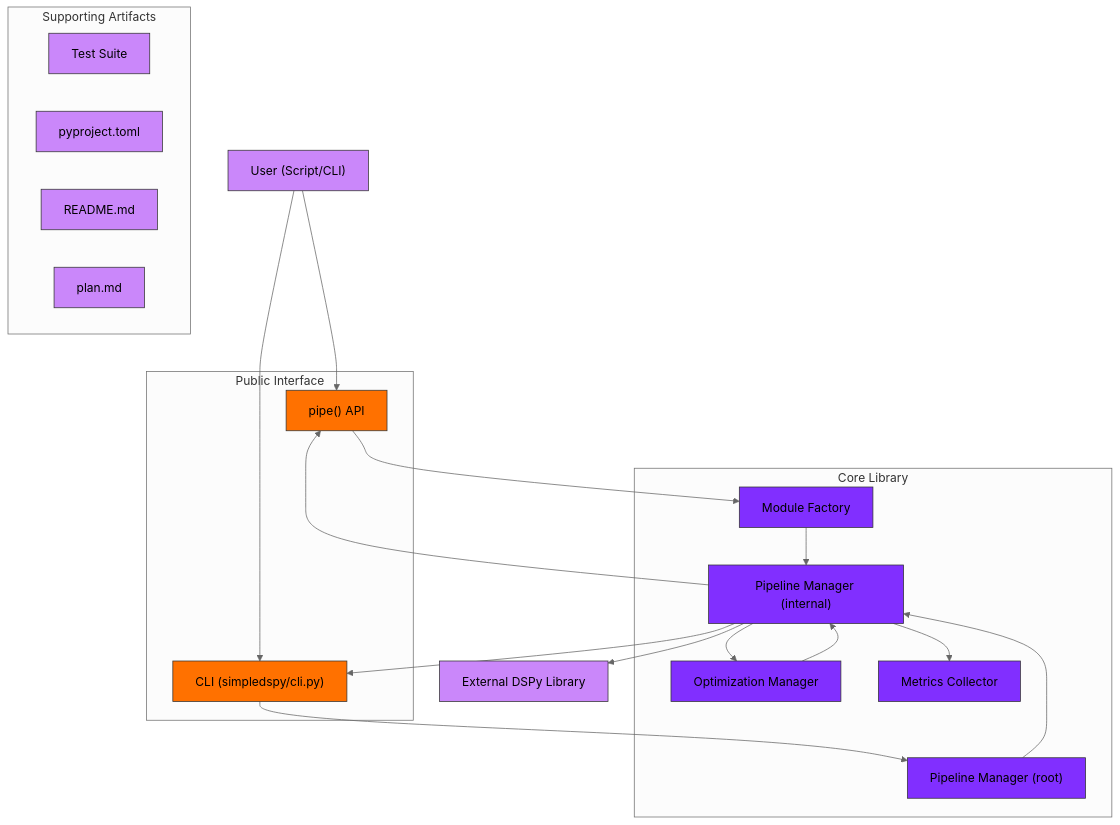
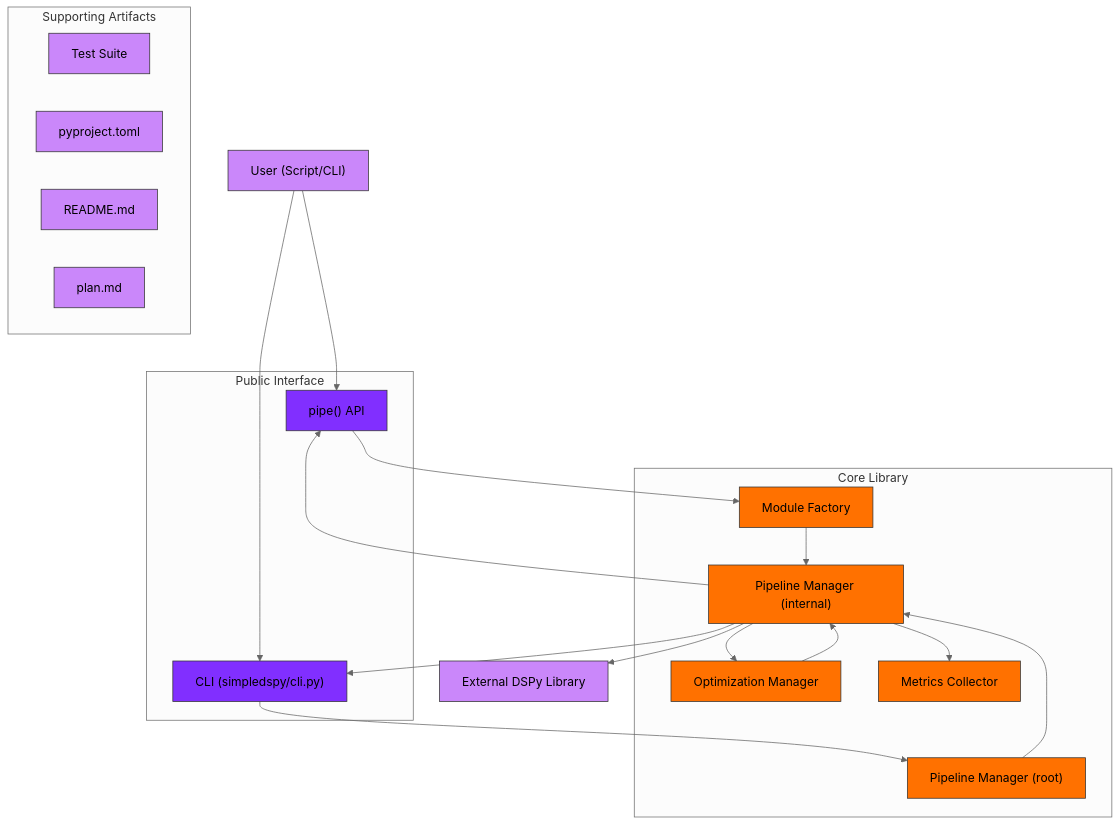
Before and after one commit to vswami78/simpledspy: the diagram in README.md, drawn with Mermaid (neutral theme).

````diff
--- a/README.md
+++ b/README.md
@@ -73,63 +73,63 @@
 ```mermaid
 flowchart TD
     %% User
     User["User (Script/CLI)"]:::external
 
     %% Public Interface
     subgraph "Public Interface"
         API["pipe() API"]:::api
         CLI["CLI (simpledspy/cli.py)"]:::api
     end
 
     %% Core Library
     subgraph "Core Library"
         Factory["Module Factory"]:::core
         PMgrRoot["Pipeline Manager (root)"]:::core
         PMgrInternal["Pipeline Manager (internal)"]:::core
         OptMgr["Optimization Manager"]:::core
         Metrics["Metrics Collector"]:::core
     end
 
     %% External Dependency
     ExternalDSPy["External DSPy Library"]:::external
 
     %% Supporting Artifacts
     subgraph "Supporting Artifacts"
         Tests["Test Suite"]:::external
         Config["pyproject.toml"]:::external
         README["README.md"]:::external
         Plan["plan.md"]:::external
     end
 
     %% Connections
     User --> API
     User --> CLI
     API --> Factory
     CLI --> PMgrRoot
     PMgrRoot --> PMgrInternal
     Factory --> PMgrInternal
     PMgrInternal --> OptMgr
     OptMgr --> PMgrInternal
     PMgrInternal --> ExternalDSPy
     PMgrInternal --> Metrics
     PMgrInternal --> API
     PMgrInternal --> CLI
 
     %% Click Events
     click API "https://github.com/vswami78/simpledspy/blob/main/simpledspy/pipe.py"
     click CLI "https://github.com/vswami78/simpledspy/blob/main/simpledspy/cli.py"
     click Factory "https://github.com/vswami78/simpledspy/blob/main/simpledspy/module_factory.py"
     click PMgrInternal "https://github.com/vswami78/simpledspy/blob/main/simpledspy/pipeline_manager.py"
     click PMgrRoot "https://github.com/vswami78/simpledspy/blob/main/pipeline_manager.py"
     click OptMgr "https://github.com/vswami78/simpledspy/blob/main/simpledspy/optimization_manager.py"
     click Metrics "https://github.com/vswami78/simpledspy/blob/main/metrics.py"
     click Tests "https://github.com/vswami78/simpledspy/blob/main/tests/test_example.py"
     click Config "https://github.com/vswami78/simpledspy/blob/main/pyproject.toml"
     click README "https://github.com/vswami78/simpledspy/blob/main/README.md"
     click Plan "https://github.com/vswami78/simpledspy/blob/main/plan.md"
 
     %% Styles
-    classDef api fill:#FF7100,stroke:#333,stroke-width:1px
-    classDef core fill:#812FFF,stroke:#333,stroke-width:1px
+    classDef api fill:#812FFF,stroke:#333,stroke-width:1px
+    classDef core fill:#FF7100,stroke:#333,stroke-width:1px
     classDef external fill:#CA87FA,stroke:#333,stroke-width:1px
 ```
````
